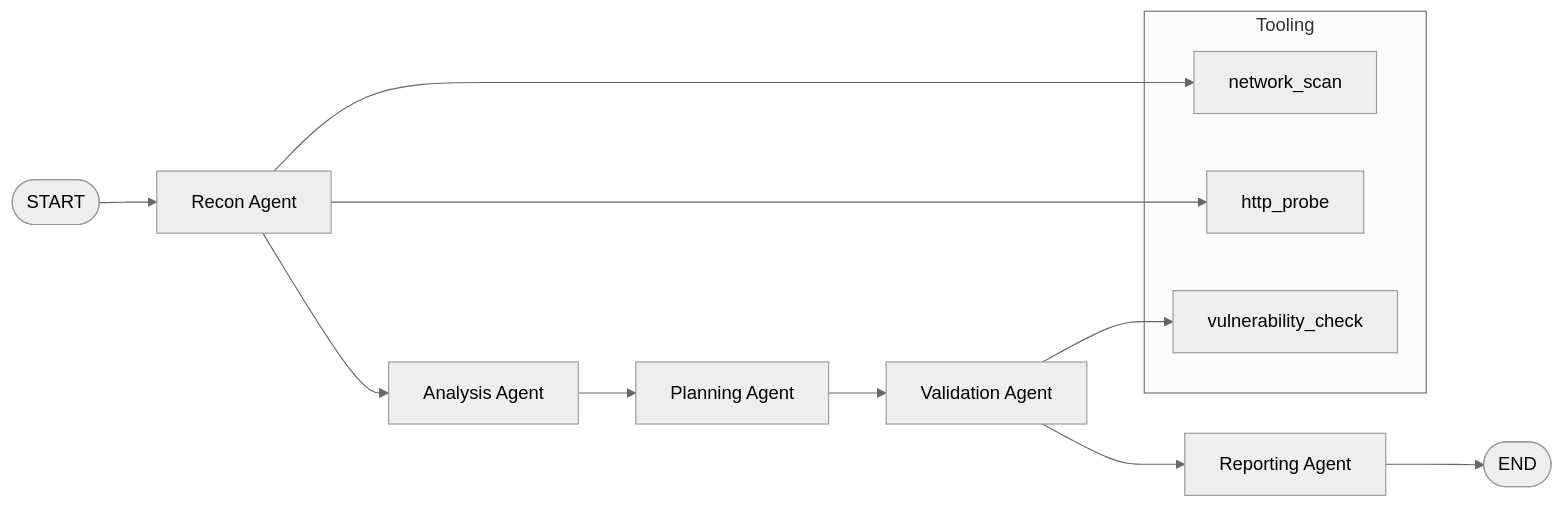
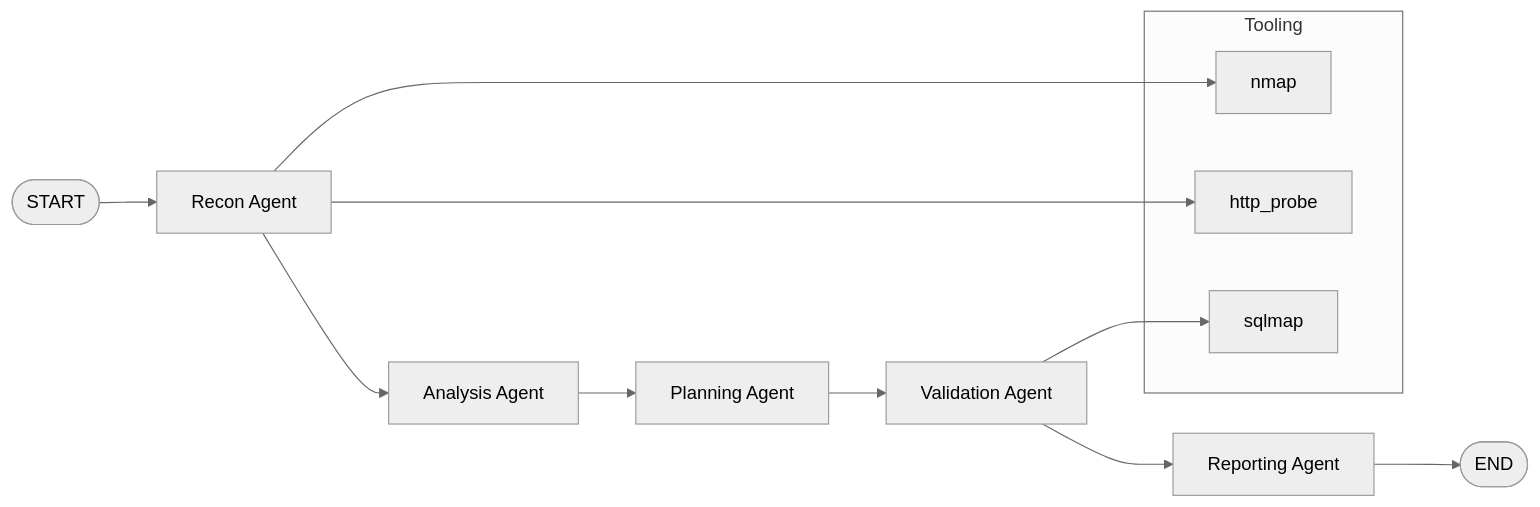
One commit to expiol/LLM-based-Penetration-Testing changed the diagram in README.md. Above: the diagram before and after it, drawn with Mermaid (neutral theme). The commit also changed other lines of this file and 55 other files, not shown here.

````diff
--- a/README.md
+++ b/README.md
@@ -7,19 +7,19 @@
 ```mermaid
 flowchart LR
   START([START]) --> Recon[Recon Agent]
   Recon --> Analysis[Analysis Agent]
   Analysis --> Planning[Planning Agent]
   Planning --> Validation[Validation Agent]
   Validation --> Reporting[Reporting Agent]
   Reporting --> END([END])
 
   subgraph Tooling
-    NetworkScan[network_scan]
+    Nmap[nmap]
     HttpProbe[http_probe]
-    VulnCheck[vulnerability_check]
+    Sqlmap[sqlmap]
   end
 
-  Recon --> NetworkScan
+  Recon --> Nmap
   Recon --> HttpProbe
-  Validation --> VulnCheck
+  Validation --> Sqlmap
 ```
````
